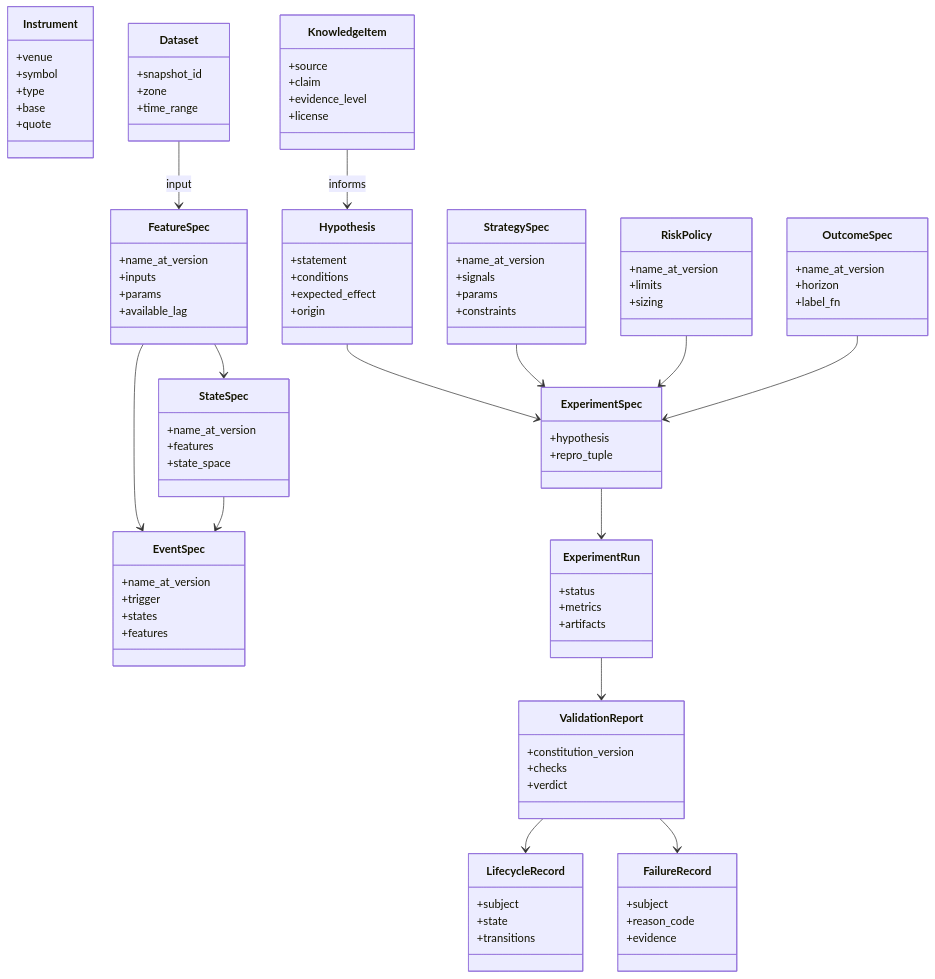
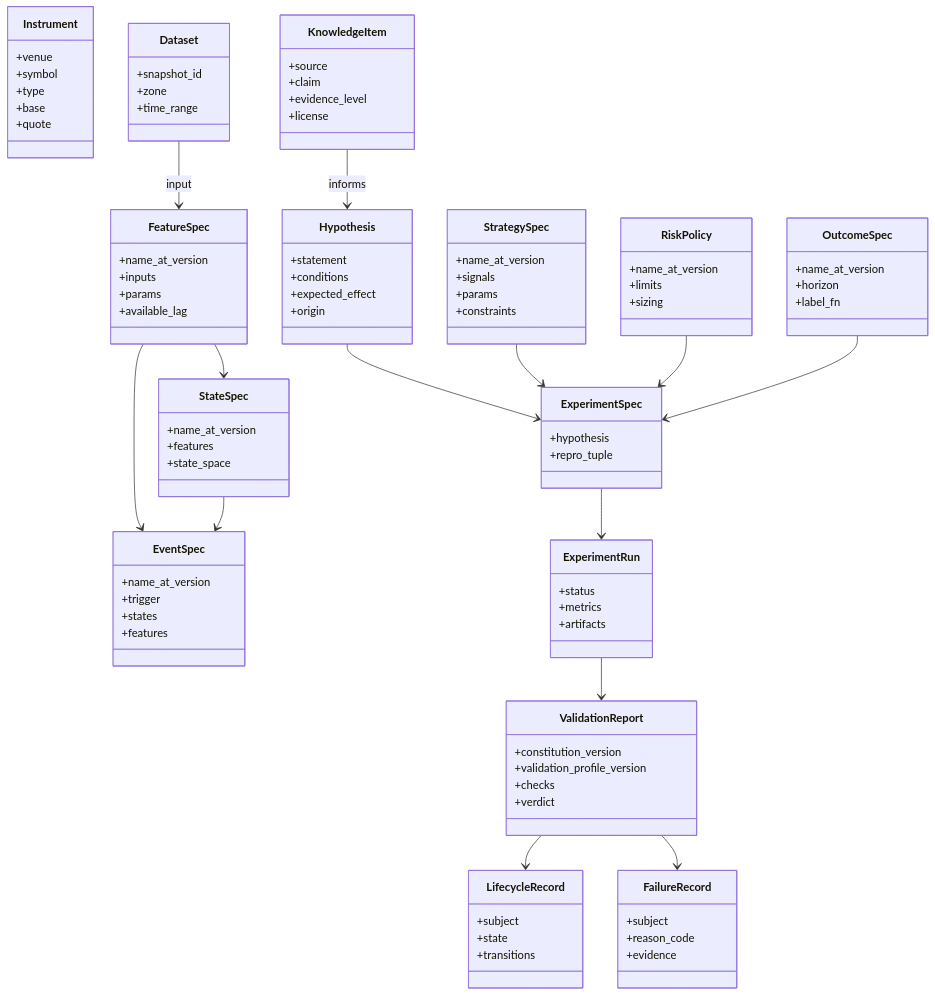
One commit to raphael2025/hlens-autoresearch changed the diagram in docs/architecture/02-domain.md. Above: the diagram before and after it, drawn with Mermaid. The commit also changed other lines of this file and 9 other files, not shown here.

First line of the commit message:
Accept ADR-0007: restructure Constitution, add validation profile layer

```diff
--- a/docs/architecture/02-domain.md
+++ b/docs/architecture/02-domain.md
@@ -91,6 +91,7 @@
     }
     class ValidationReport {
         +constitution_version
+        +validation_profile_version
         +checks
         +verdict
     }
```
